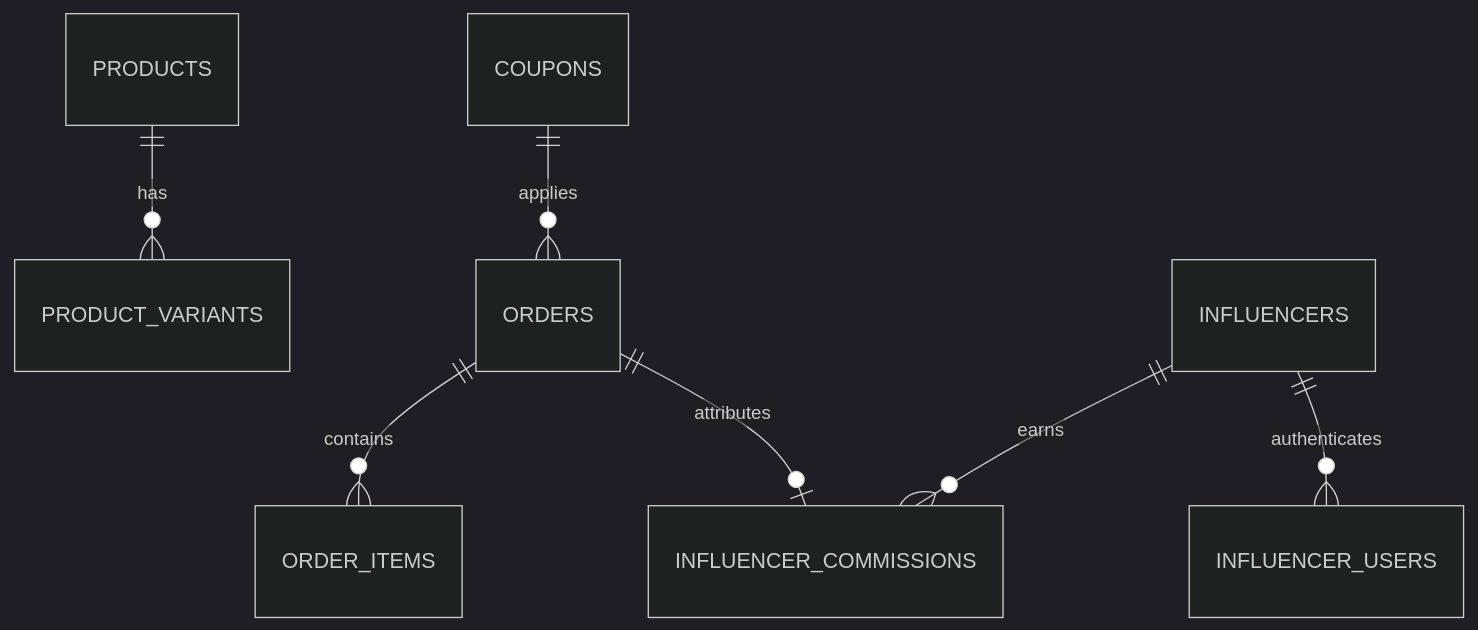
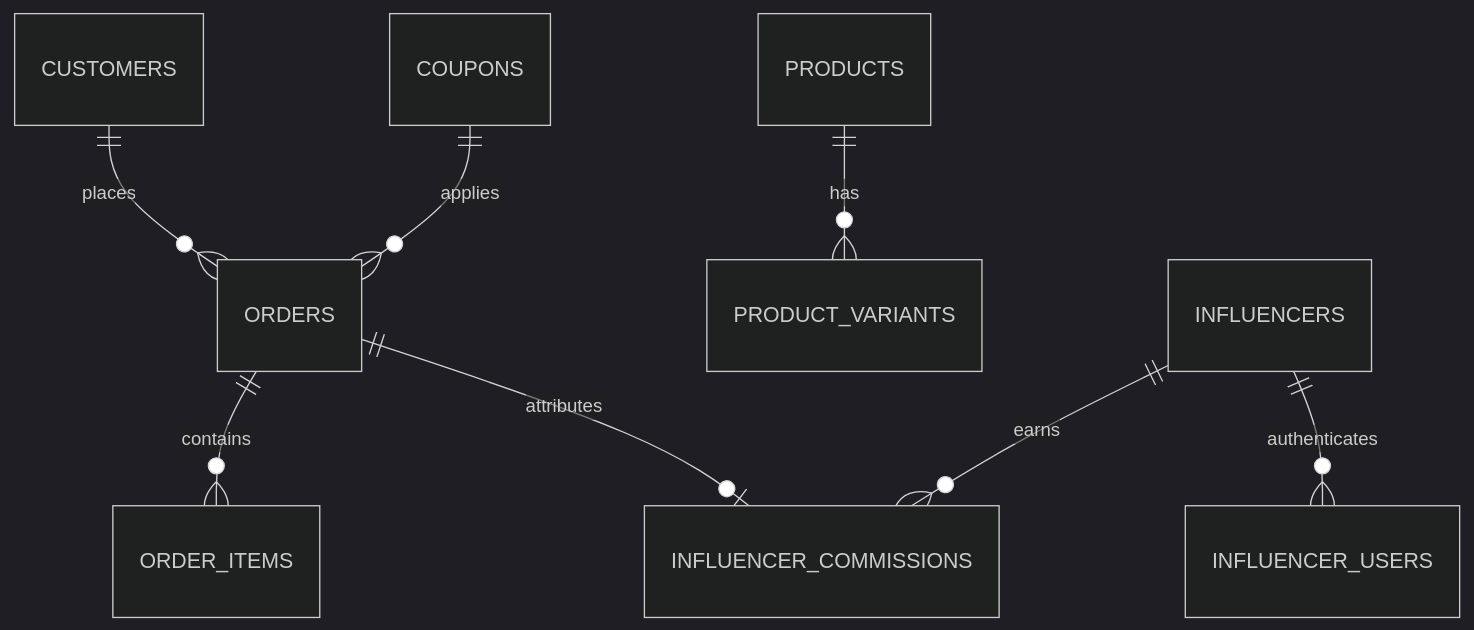
The diagram in ADMIN_SYSTEM_BLUEPRINT.md (tanmayhitech/dashboard-bytanmay), drawn with Mermaid (dark theme) before and after one commit. The commit also changed other lines of this file and 44 other files, not shown here.

````diff
--- a/ADMIN_SYSTEM_BLUEPRINT.md
+++ b/ADMIN_SYSTEM_BLUEPRINT.md
@@ -50,9 +82,10 @@
 ```mermaid
 erDiagram
+    CUSTOMERS ||--o{ ORDERS : places
     PRODUCTS ||--o{ PRODUCT_VARIANTS : has
     ORDERS ||--o{ ORDER_ITEMS : contains
     INFLUENCERS ||--o{ INFLUENCER_COMMISSIONS : earns
     INFLUENCERS ||--o{ INFLUENCER_USERS : authenticates
     ORDERS ||--o| INFLUENCER_COMMISSIONS : attributes
     COUPONS ||--o{ ORDERS : applies
 ```
````
